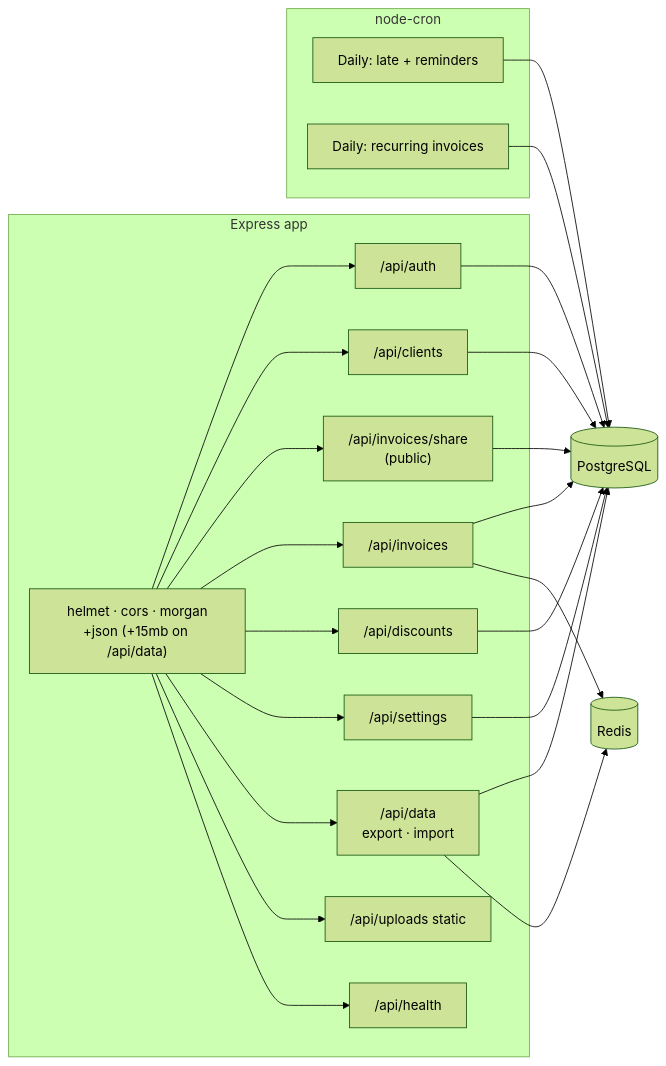
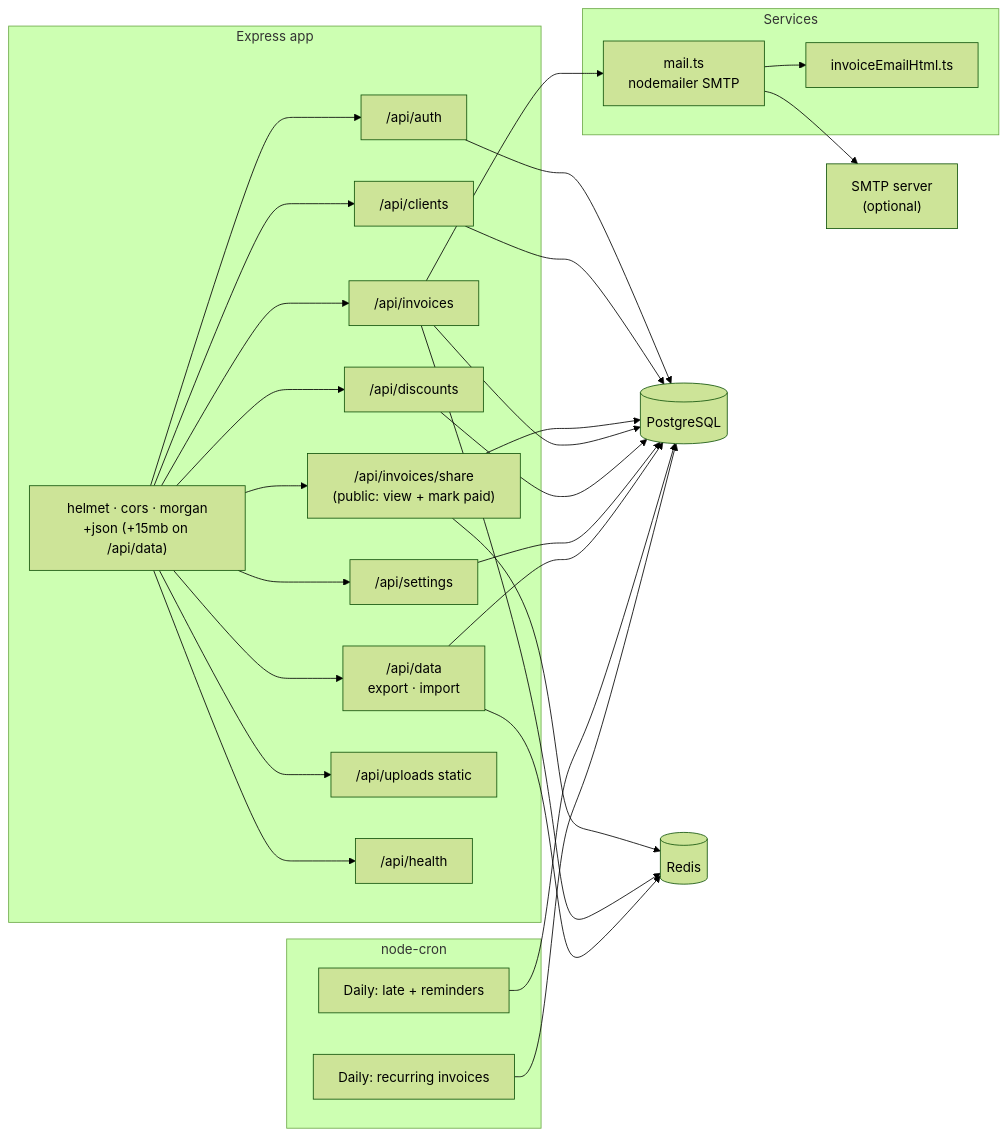
The diagram in docs/backend/overview.md (becomeonewiththecode/invoicing), drawn with Mermaid (forest theme) before and after one commit. The commit also changed other lines of this file and 2 other files, not shown here.

Commit message:
fix: coerce numeric strings in backup import validation, add console logging
PostgreSQL DECIMAL columns are serialized as strings in exports (e.g. "160.00"),
which failed z.number() validation on re-import. Switched to z.coerce.number()
for all numeric fields. Also added console.error logging for all validation
failure paths so import errors appear in PM2 logs.

````diff
--- a/docs/backend/overview.md
+++ b/docs/backend/overview.md
@@ -31,45 +33,55 @@
 ```mermaid
 flowchart LR
   subgraph HTTP["Express app"]
     MW["helmet · cors · morgan\n+json (+15mb on /api/data)"]
     AUTH["/api/auth"]
     CL["/api/clients"]
-    SH["/api/invoices/share\n(public)"]
+    SH["/api/invoices/share\n(public: view + mark paid)"]
     INV["/api/invoices"]
     DISC["/api/discounts"]
     SET["/api/settings"]
     DATA["/api/data\nexport · import"]
     ST["/api/uploads static"]
     HL["/api/health"]
+  end
+
+  subgraph Services["Services"]
+    MAIL["mail.ts\nnodemailer SMTP"]
+    TMPL["invoiceEmailHtml.ts"]
   end
 
   subgraph Jobs["node-cron"]
     J1["Daily: late + reminders"]
     J2["Daily: recurring invoices"]
   end
 
   PG[(PostgreSQL)]
   RD[(Redis)]
+  SMTP["SMTP server\n(optional)"]
 
   MW --> AUTH
   MW --> CL
   MW --> SH
   MW --> INV
   MW --> DISC
   MW --> SET
   MW --> DATA
   MW --> ST
   MW --> HL
 
   AUTH --> PG
   CL --> PG
   SH --> PG
+  SH --> RD
   INV --> PG
   INV --> RD
+  INV --> MAIL
+  MAIL --> TMPL
+  MAIL --> SMTP
   DISC --> PG
   SET --> PG
   DATA --> PG
   DATA --> RD
   J1 --> PG
   J2 --> PG
 ```
````
